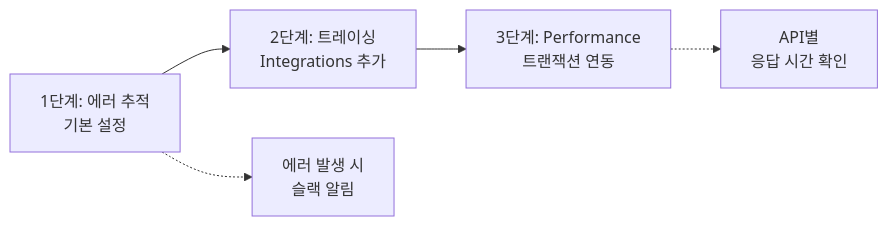
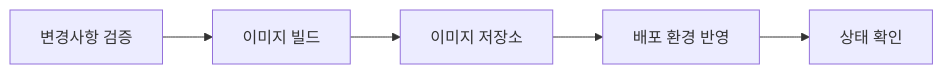
One commit to jiwon11/jiwon11.github.io changed the sixth of 7 diagrams in _posts/2023-03-01-charlie-backend-infrastructure.md. Above: the diagram before and after it, drawn with Mermaid. The commit also changed other lines of this file and 4 other files, not shown here.

````diff
--- a/_posts/2023-03-01-charlie-backend-infrastructure.md
+++ b/_posts/2023-03-01-charlie-backend-infrastructure.md
@@ -1232,7 +218,7 @@
-```mermaid
+~~~mermaid
 flowchart LR
-    A["1단계: 에러 추적<br/>기본 설정"] --> B["2단계: 트레이싱<br/>Integrations 추가"]
-    B --> C["3단계: Performance<br/>트랜잭션 연동"]
-    A -.-> D["에러 발생 시<br/>슬랙 알림"]
-    C -.-> E["API별<br/>응답 시간 확인"]
-```
+    A["변경사항 검증"] --> B["이미지 빌드"]
+    B --> C["이미지 저장소"]
+    C --> D["배포 환경 반영"]
+    D --> E["상태 확인"]
+~~~
````
